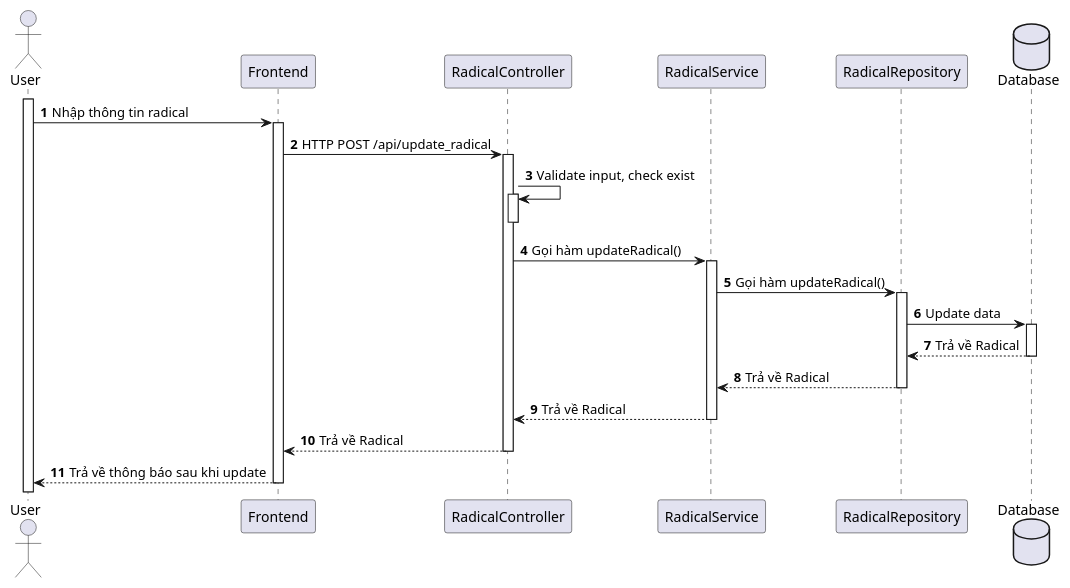
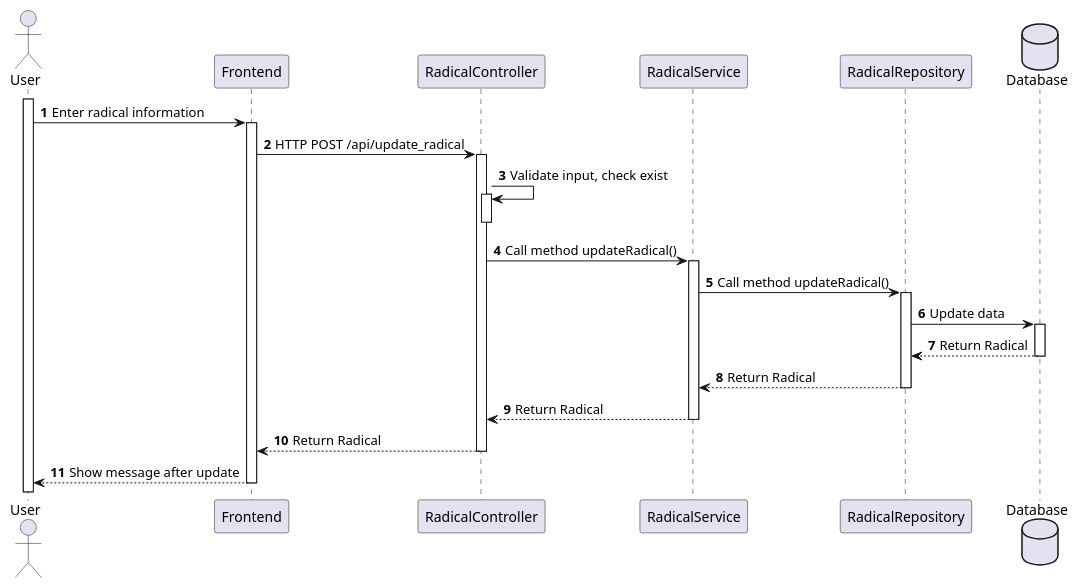
Before and after one commit to Annthe160639/japanese-app: the diagram in japanese-app/plant_uml/Radical/[Sequence] Radical_Update.puml, drawn with PlantUML. The commit also changed 6 other files, not shown here.

Commit message:
update sequence

```diff
--- a/japanese-app/plant_uml/Radical/[Sequence] Radical_Update.puml
+++ b/japanese-app/plant_uml/Radical/[Sequence] Radical_Update.puml
@@ -1,38 +1,38 @@
 @startuml
 actor User
 'participant "Homepage Activity" as Homepage
 participant "Frontend" as Frontend
 participant "RadicalController" as Controller
 participant "RadicalService" as Service
 participant "RadicalRepository" as Repository
 
 database Database
 
 '
 'Use case: Xem danh sách bộ thủ
 '
 
 activate User
 
 autonumber
-User -> Frontend++: Nhập thông tin radical
+User -> Frontend++: Enter radical information
 
 '
 'Call API get list radical category
 '
 'Homepage -> Radical++: startActivity(intent)
 Frontend -> Controller++: HTTP POST /api/update_radical
 Controller -> Controller: Validate input, check exist
 activate Controller
 deactivate Controller
-Controller -> Service++: Gọi hàm updateRadical()
-Service -> Repository++: Gọi hàm updateRadical()
+Controller -> Service++: Call method updateRadical()
+Service -> Repository++: Call method updateRadical()
 Repository -> Database++: Update data
-Database --> Repository--: Trả về Radical
-Repository --> Service--: Trả về Radical
-Service --> Controller--: Trả về Radical
-Controller --> Frontend--: Trả về Radical
-Frontend --> User--: Trả về thông báo sau khi update
+Database --> Repository--: Return Radical
+Repository --> Service--: Return Radical
+Service --> Controller--: Return Radical
+Controller --> Frontend--: Return Radical
+Frontend --> User--: Show message after update
 
 
 @enduml
```
